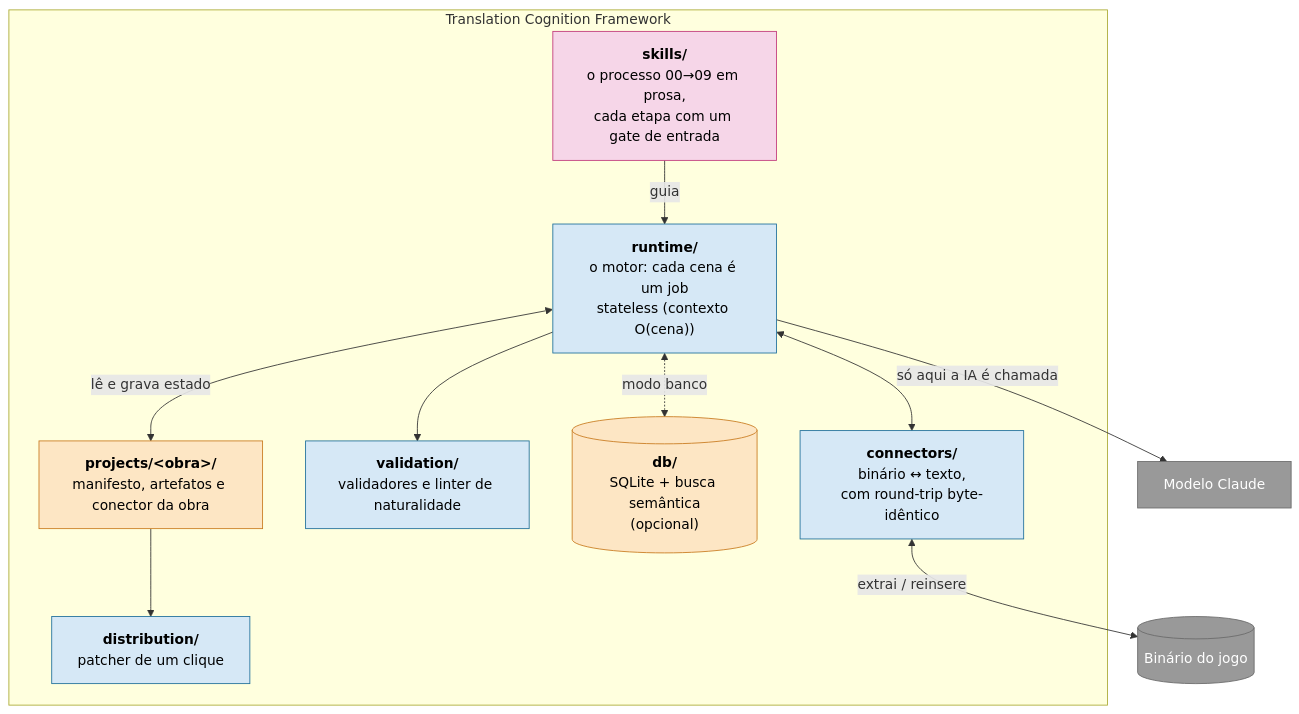
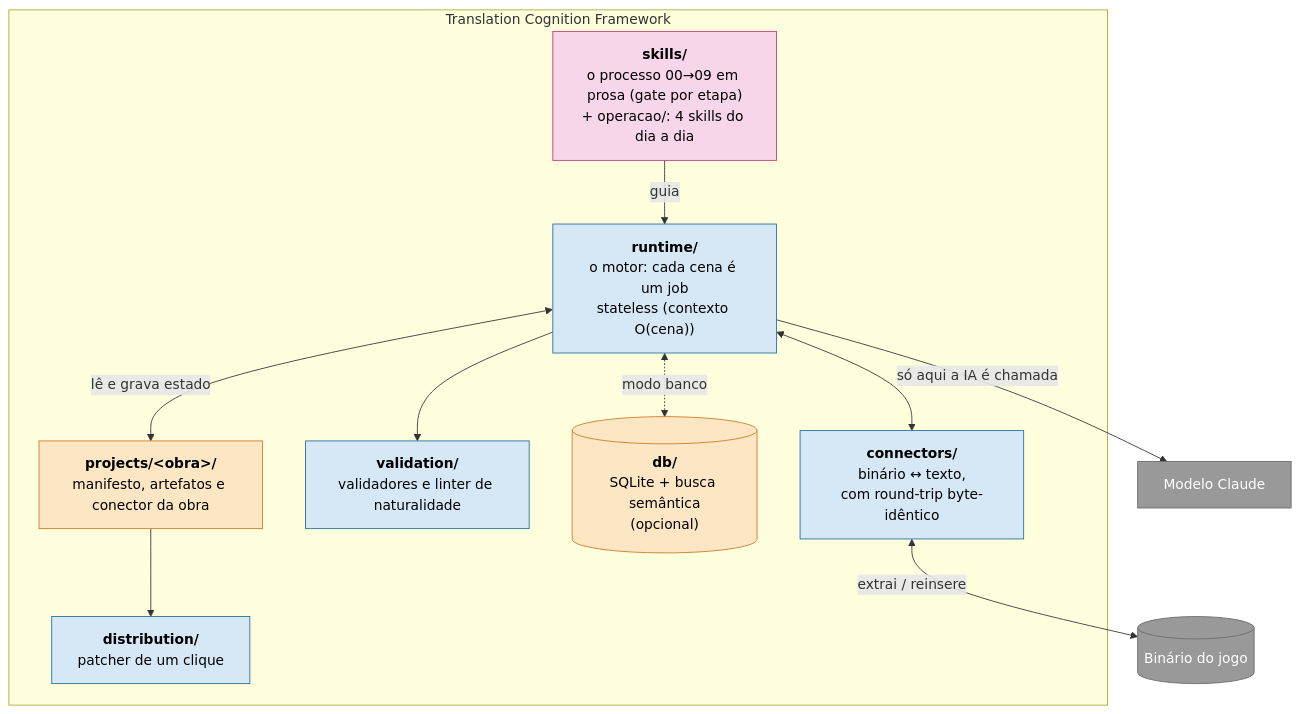
The second of 4 diagrams in README.md (scudellerlemos/translation-cognition-framework), drawn with Mermaid before and after one commit. The commit also changed other lines of this file and 30 other files, not shown here.

First line of the commit message:
refactor(skills): skills de operacao passam a viver em framework/skills/operacao

````diff
--- a/README.md
+++ b/README.md
@@ -46,26 +46,26 @@
 ```mermaid
 flowchart TB
   subgraph tcf["Translation Cognition Framework"]
-    skills["<b>skills/</b><br/>o processo 00→09 em prosa,<br/>cada etapa com um gate de entrada"]:::proc
+    skills["<b>skills/</b><br/>o processo 00→09 em prosa (gate por etapa)<br/>+ operacao/: 4 skills do dia a dia"]:::proc
     runtime["<b>runtime/</b><br/>o motor: cada cena é um job<br/>stateless (contexto O(cena))"]:::motor
     connectors["<b>connectors/</b><br/>binário ↔ texto,<br/>com round-trip byte-idêntico"]:::motor
     validation["<b>validation/</b><br/>validadores e linter de naturalidade"]:::motor
     db[("<b>db/</b><br/>SQLite + busca semântica<br/>(opcional)")]:::dado
     dist["<b>distribution/</b><br/>patcher de um clique"]:::motor
     projects["<b>projects/&lt;obra&gt;/</b><br/>manifesto, artefatos e conector da obra"]:::dado
   end
   llm["Modelo Claude"]:::ext
   jogo[("Binário do jogo")]:::ext
   skills -->|"guia"| runtime
   runtime <-->|"lê e grava estado"| projects
   runtime -->|"só aqui a IA é chamada"| llm
   runtime --> validation
   runtime <--> connectors
   connectors <-->|"extrai / reinsere"| jogo
   runtime <-.->|"modo banco"| db
   projects --> dist
   classDef proc fill:#f6d6e8,stroke:#c0397b,color:#000;
   classDef motor fill:#d6e8f6,stroke:#1f6f9b,color:#000;
   classDef dado fill:#fde6c4,stroke:#c97b1f,color:#000;
   classDef ext fill:#999,stroke:#6b6b6b,color:#fff;
 ```
````
